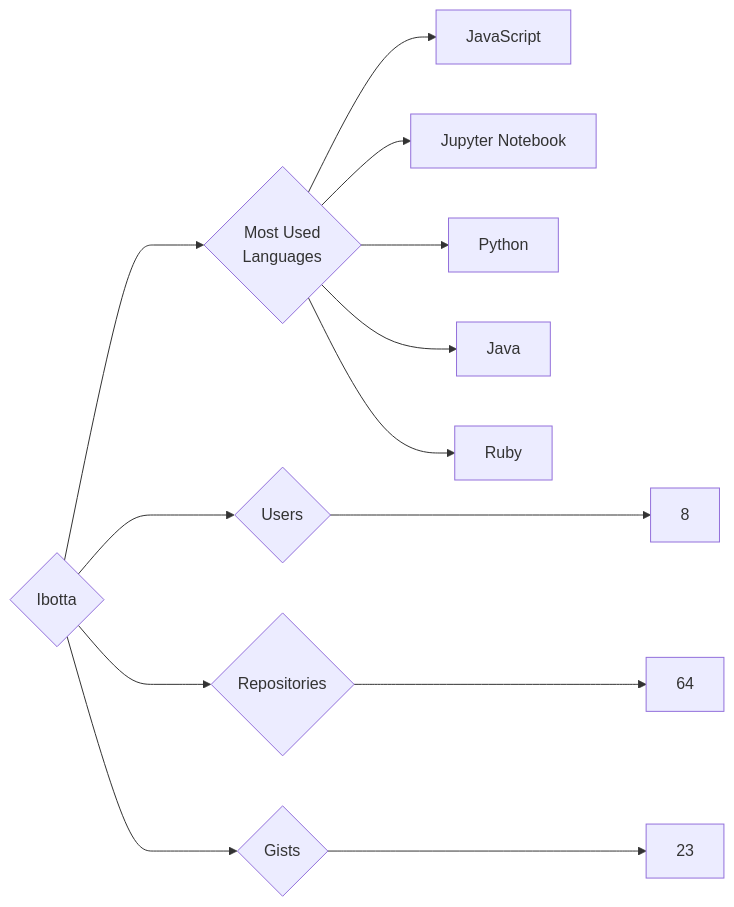
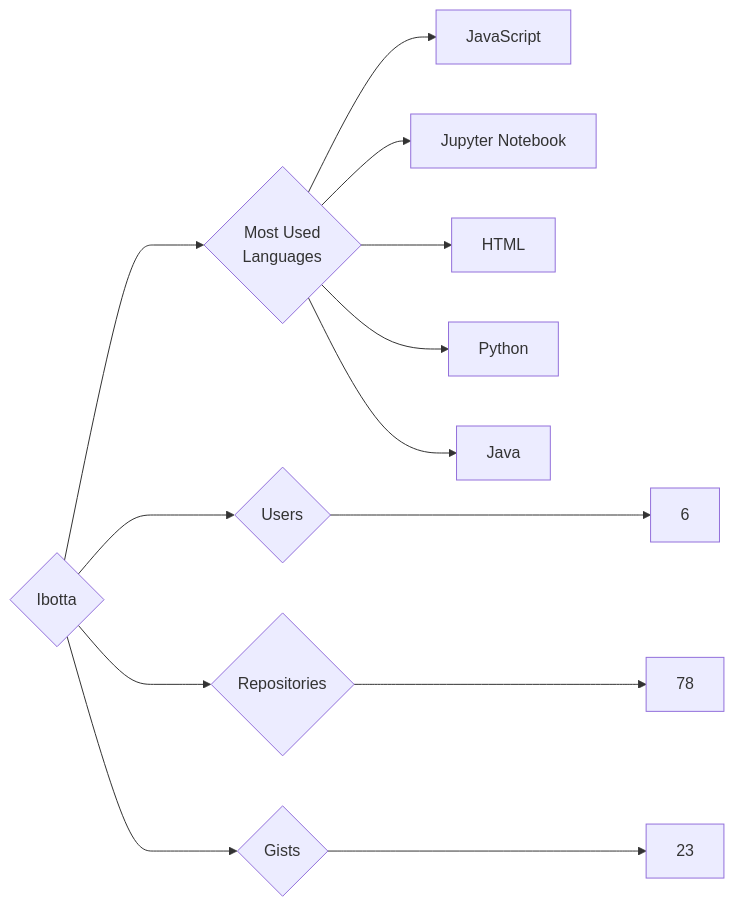
The diagram in targets/Ibotta/README.md (trickest/insiders), drawn with Mermaid before and after one commit. The commit also changed 783 other files, not shown here.

````diff
--- a/targets/Ibotta/README.md
+++ b/targets/Ibotta/README.md
@@ -3,13 +3,13 @@
 ```mermaid
 graph LR
 COMPANY_NAME{Ibotta}
-COMPANY_NAME ---> U{Users} ---> UN[8]
-COMPANY_NAME ---> R{Repositories} ---> RN[64]
+COMPANY_NAME ---> U{Users} ---> UN[6]
+COMPANY_NAME ---> R{Repositories} ---> RN[78]
 COMPANY_NAME ---> G{Gists} ---> GN[23]
 COMPANY_NAME ---> ML{Most Used<br>Languages}
 ML --> JavaScript[JavaScript]
 ML --> Jupyter_Notebook[Jupyter Notebook]
+ML --> HTML[HTML]
 ML --> Python[Python]
 ML --> Java[Java]
-ML --> Ruby[Ruby]
 ```
````
